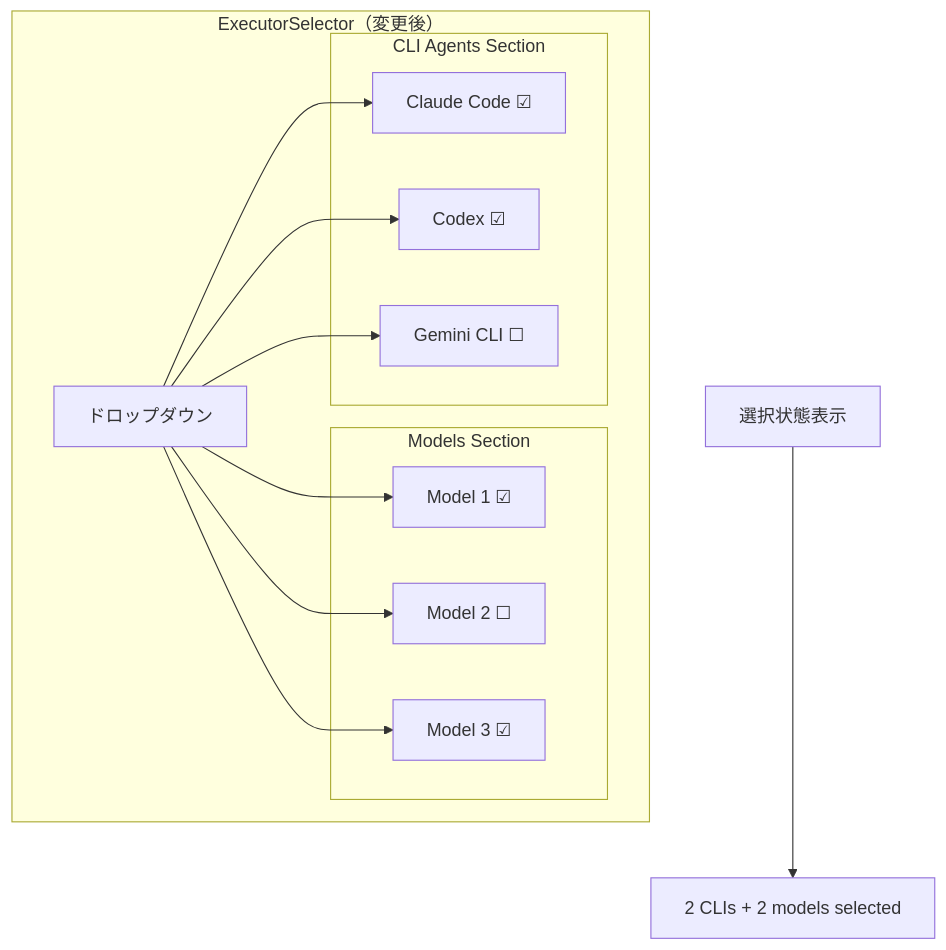
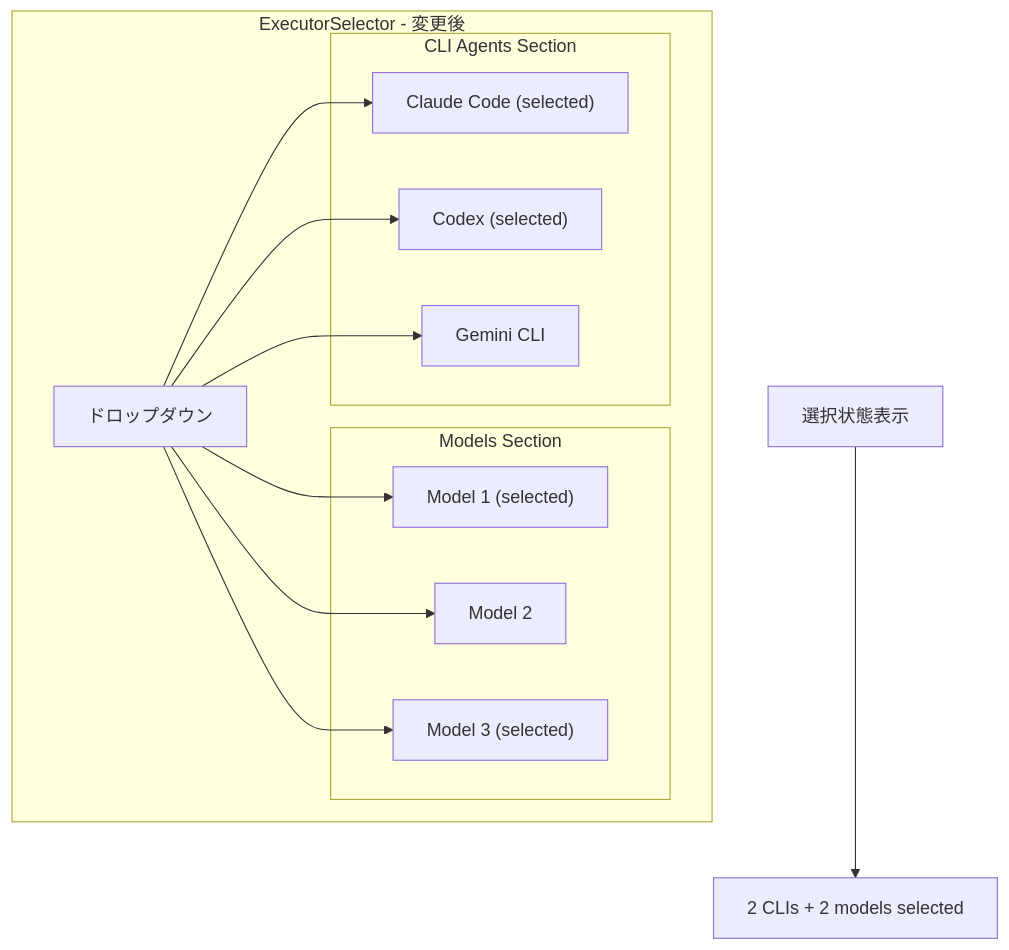
One commit to hampen2929/zloth changed the sixth of 7 diagrams in docs/ai-coding-tool-multiple.md. Above: the diagram before and after it, drawn with Mermaid. The commit also changed other lines of this file, not shown here.

First line of the commit message:
Fix Mermaid syntax errors in design document

````diff
--- a/docs/ai-coding-tool-multiple.md
+++ b/docs/ai-coding-tool-multiple.md
@@ -321,28 +321,28 @@
 ```mermaid
 graph TB
-    subgraph "ExecutorSelector（変更後）"
+    subgraph "ExecutorSelector - 変更後"
         A[ドロップダウン]
 
         subgraph "Models Section"
-            B1[Model 1 ☑]
-            B2[Model 2 ☐]
-            B3[Model 3 ☑]
+            B1["Model 1 (selected)"]
+            B2["Model 2"]
+            B3["Model 3 (selected)"]
         end
 
         subgraph "CLI Agents Section"
-            C1[Claude Code ☑]
-            C2[Codex ☑]
-            C3[Gemini CLI ☐]
+            C1["Claude Code (selected)"]
+            C2["Codex (selected)"]
+            C3["Gemini CLI"]
         end
 
         A --> B1
         A --> B2
         A --> B3
         A --> C1
         A --> C2
         A --> C3
     end
 
     D[選択状態表示]
     D --> E["2 CLIs + 2 models selected"]
 ```
````
